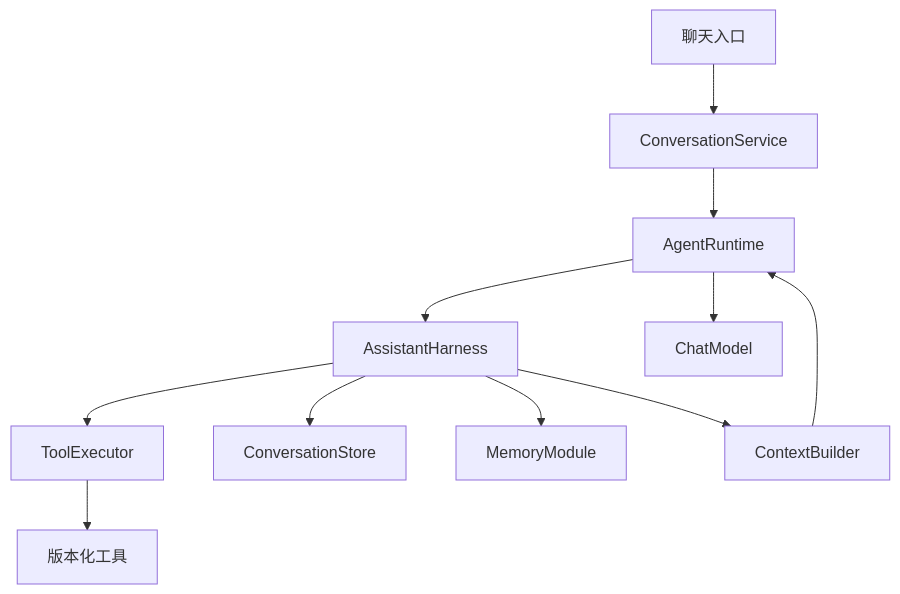
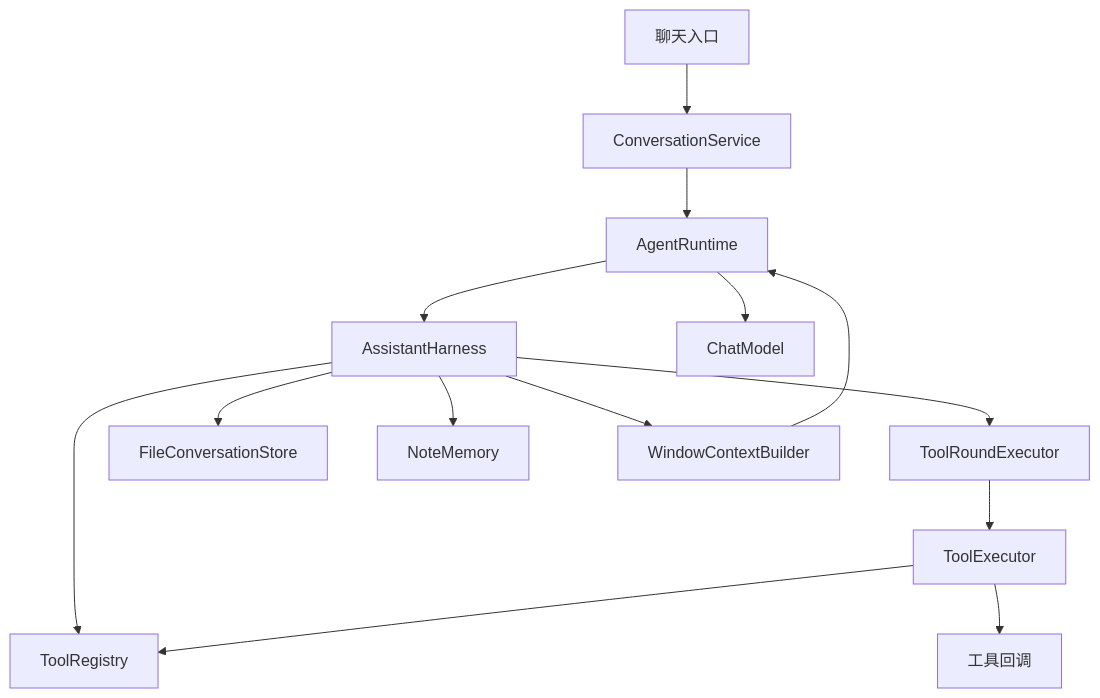
One commit to DiG-sudo/personal-assistant changed the diagram in README.md. Above: the diagram before and after it, drawn with Mermaid. The commit also changed other lines of this file and 77 other files, not shown here.

````diff
--- a/README.md
+++ b/README.md
@@ -50,13 +37,16 @@
 ```mermaid
 flowchart TD
     A[聊天入口] --> S[ConversationService]
     S --> C[AgentRuntime]
     C --> B[AssistantHarness]
     C --> D[ChatModel]
-    B --> E[ToolExecutor]
-    E --> F[版本化工具]
-    B --> G[ConversationStore]
-    B --> H[MemoryModule]
-    B --> I[ContextBuilder]
+    B --> E[ToolRoundExecutor]
+    B --> T[ToolRegistry]
+    E --> X[ToolExecutor]
+    X --> T
+    X --> F[工具回调]
+    B --> G[FileConversationStore]
+    B --> H[NoteMemory]
+    B --> I[WindowContextBuilder]
     I --> C
 ```
````
